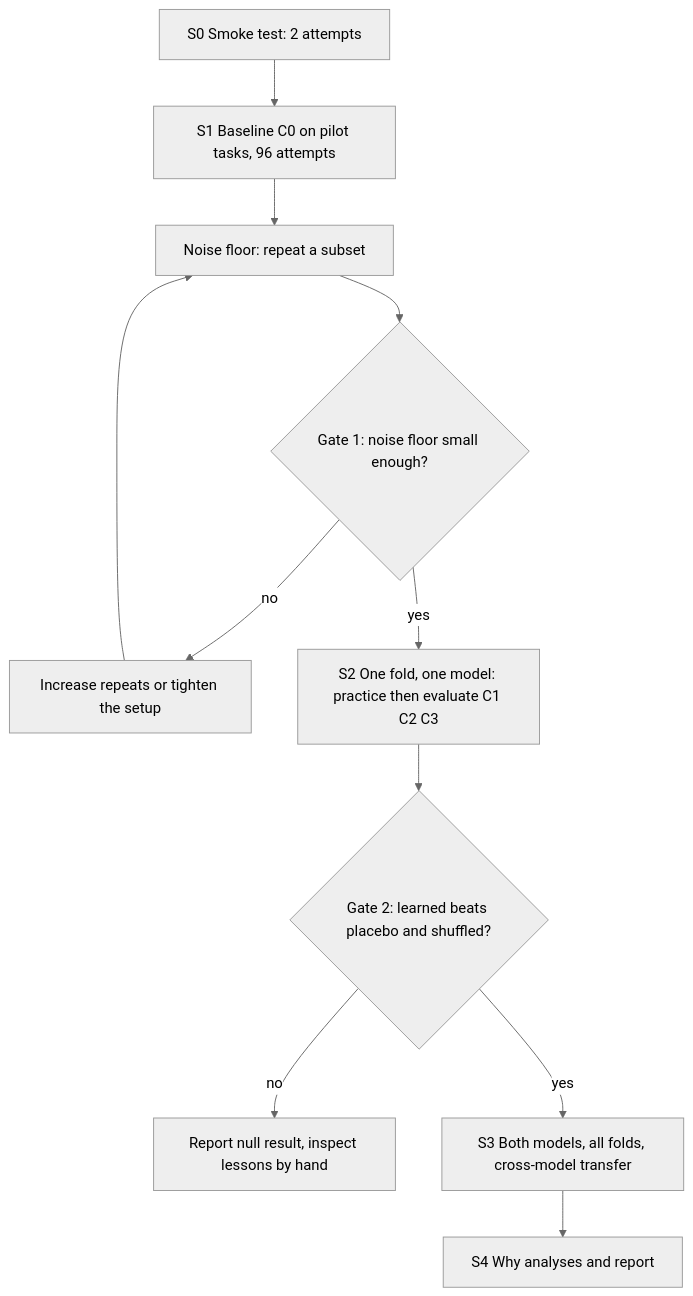
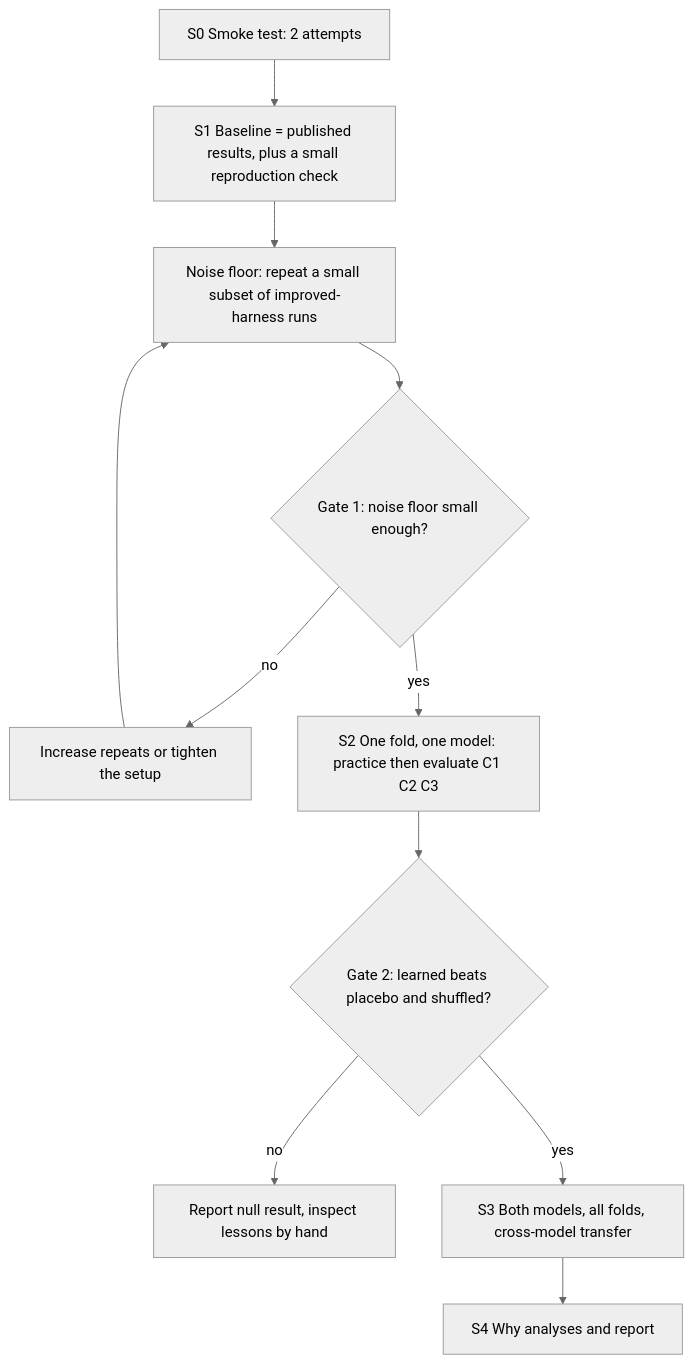
Before and after one commit to aniketqw/indic-harness-benchv2: the fourth of 4 diagrams in rlharness/ARCHITECTURE.md, drawn with Mermaid (neutral theme). The commit also changed other lines of this file and 3 other files, not shown here.

First line of the commit message:
Use published results as the baseline; document models and data sources

````diff
--- a/rlharness/ARCHITECTURE.md
+++ b/rlharness/ARCHITECTURE.md
@@ -132,13 +132,13 @@
 ```mermaid
 flowchart TD
-    S0["S0 Smoke test: 2 attempts"] --> S1["S1 Baseline C0 on pilot tasks, 96 attempts"]
-    S1 --> NF["Noise floor: repeat a subset"]
+    S0["S0 Smoke test: 2 attempts"] --> S1["S1 Baseline = published results, plus a small reproduction check"]
+    S1 --> NF["Noise floor: repeat a small subset of improved-harness runs"]
     NF --> G1{"Gate 1: noise floor small enough?"}
     G1 -->|no| FIX["Increase repeats or tighten the setup"]
     FIX --> NF
     G1 -->|yes| S2["S2 One fold, one model: practice then evaluate C1 C2 C3"]
     S2 --> G2{"Gate 2: learned beats placebo and shuffled?"}
     G2 -->|no| REP["Report null result, inspect lessons by hand"]
     G2 -->|yes| S3["S3 Both models, all folds, cross-model transfer"]
     S3 --> S4["S4 Why analyses and report"]
 ```
````
